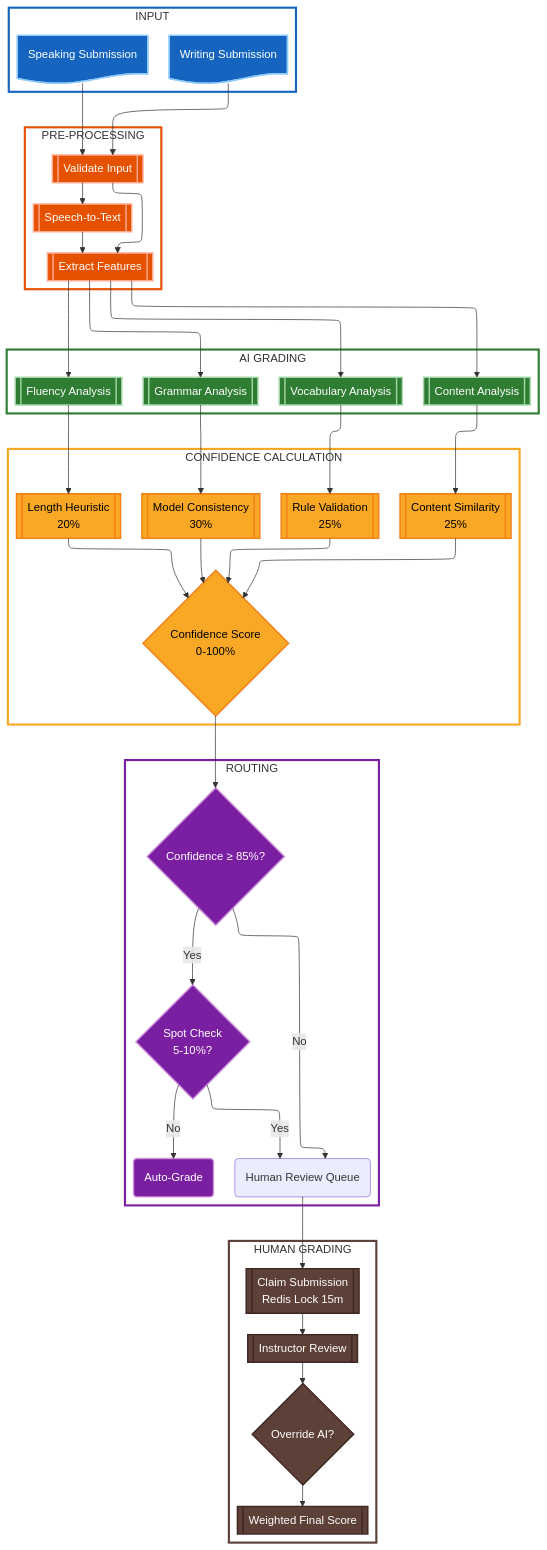
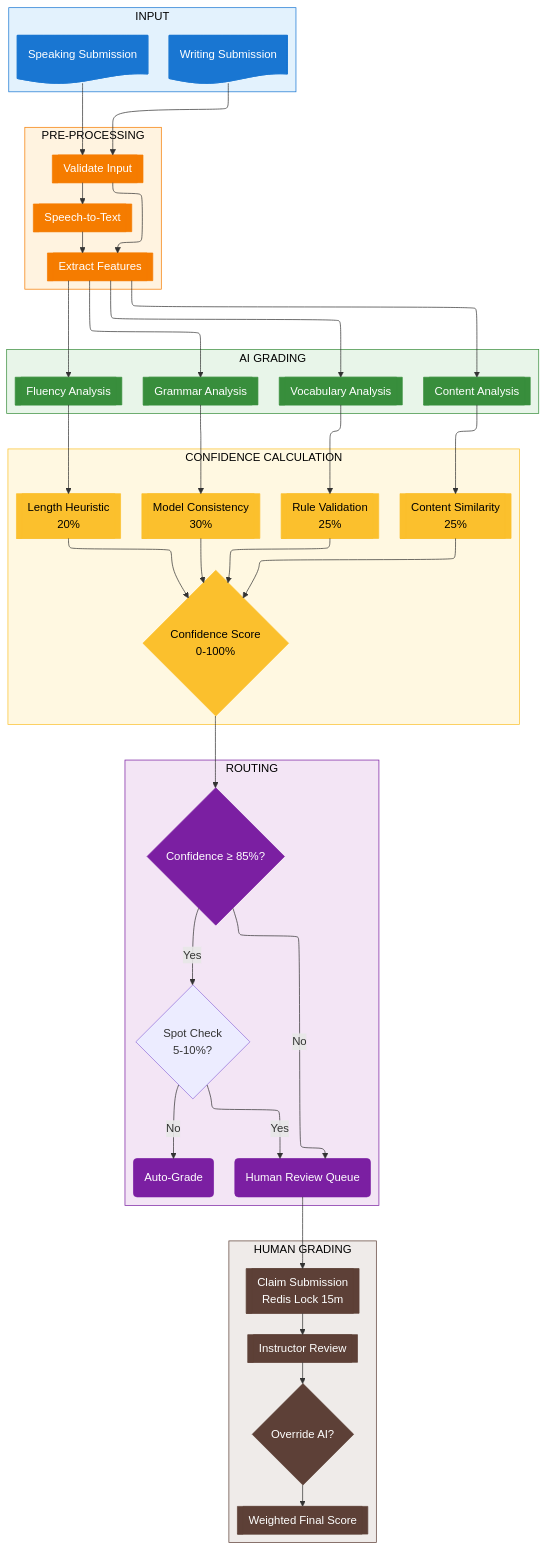
One commit to nghyane/VSTEP changed the eighth of 12 diagrams in docs/capstone/diagrams/flow-diagrams.vi.md. Above: the diagram before and after it, drawn with Mermaid. The commit also changed other lines of this file, not shown here.

First line of the commit message:
fix(docs): rewrite diagrams with proper color separation

````diff
--- a/docs/capstone/diagrams/flow-diagrams.vi.md
+++ b/docs/capstone/diagrams/flow-diagrams.vi.md
@@ -484,22 +488,22 @@
     end
 
     subgraph Confidence["CONFIDENCE CALCULATION"]
-        ModelCons@{ shape: fr-rect, label: "Model Consistency<br/>30%" }
-        RuleVal@{ shape: fr-rect, label: "Rule Validation<br/>25%" }
-        ContentSim@{ shape: fr-rect, label: "Content Similarity<br/>25%" }
-        LengthHeur@{ shape: fr-rect, label: "Length Heuristic<br/>20%" }
+        ModelCons@{ shape: fr-rect, label: "Model Consistency\n30%" }
+        RuleVal@{ shape: fr-rect, label: "Rule Validation\n25%" }
+        ContentSim@{ shape: fr-rect, label: "Content Similarity\n25%" }
+        LengthHeur@{ shape: fr-rect, label: "Length Heuristic\n20%" }
         Score@{ shape: diam, label: "Confidence Score\n0-100%" }
     end
 
     subgraph Routing["ROUTING"]
         Threshold@{ shape: diam, label: "Confidence ≥ 85%?" }
-        SpotCheck@{ shape: diam, label: "Spot Check<br/>5-10%?" }
+        SpotCheck@{ shape: diam, label: "Spot Check\n5-10%?" }
         Auto@{ shape: rounded, label: "Auto-Grade" }
         Human@{ shape: rounded, label: "Human Review Queue" }
     end
 
     subgraph HumanGrading["HUMAN GRADING"]
-        Claim@{ shape: fr-rect, label: "Claim Submission<br/>Redis Lock 15m" }
+        Claim@{ shape: fr-rect, label: "Claim Submission\nRedis Lock 15m" }
         Review@{ shape: fr-rect, label: "Instructor Review" }
         Override@{ shape: diam, label: "Override AI?" }
         Weighted@{ shape: fr-rect, label: "Weighted Final Score" }
@@ -526,19 +530,21 @@
     
     Human --> Claim --> Review --> Override --> Weighted
 
-    classDef input fill:#1565c0,stroke:#90caf9,stroke-width:2px,color:#fff
-    classDef process fill:#e65100,stroke:#ffab91,stroke-width:2px,color:#fff
-    classDef ai fill:#2e7d32,stroke:#a5d6a7,stroke-width:2px,color:#fff
-    classDef conf fill:#f9a825,stroke:#f57f17,stroke-width:2px,color:#000
-    classDef route fill:#7b1fa2,stroke:#ce93d8,stroke-width:2px,color:#fff
-    classDef human fill:#5d4037,stroke:#3e2723,stroke-width:2px,color:#fff
+    %% Nodes
+    classDef input fill:#1976d2,stroke:#1976d2,color:#fff
+    classDef process fill:#f57c00,stroke:#f57c00,color:#fff
+    classDef ai fill:#388e3c,stroke:#388e3c,color:#fff
+    classDef conf fill:#fbc02d,stroke:#fbc02d,color:#000
+    classDef route fill:#7b1fa2,stroke:#7b1fa2,color:#fff
+    classDef human fill:#5d4037,stroke:#5d4037,color:#fff
 
-    classDef inputBox fill:none,stroke:#1565c0,stroke-width:3px
-    classDef processBox fill:none,stroke:#e65100,stroke-width:3px
-    classDef aiBox fill:none,stroke:#2e7d32,stroke-width:3px
-    classDef confBox fill:none,stroke:#f9a825,stroke-width:3px
-    classDef routeBox fill:none,stroke:#7b1fa2,stroke-width:3px
-    classDef humanBox fill:none,stroke:#5d4037,stroke-width:3px
+    %% Boxes
+    classDef inputBox fill:#e3f2fd,stroke:#1976d2,color:#000
+    classDef processBox fill:#fff3e0,stroke:#f57c00,color:#000
+    classDef aiBox fill:#e8f5e9,stroke:#388e3c,color:#000
+    classDef confBox fill:#fff8e1,stroke:#fbc02d,color:#000
+    classDef routeBox fill:#f3e5f5,stroke:#7b1fa2,color:#000
+    classDef humanBox fill:#efebe9,stroke:#5d4037,color:#000
 
     class Input inputBox
     class Preprocess processBox
@@ -551,7 +557,6 @@
     class Validate,Transcribe,Extract process
     class Grammar,Vocab,Content,Fluency ai
     class ModelCons,RuleVal,ContentSim,LengthHeur,Score conf
-    class Threshold,SpotCheck,Auto route
+    class Threshold,Auto,Human route
     class Claim,Review,Override,Weighted human
-
 ```
````
